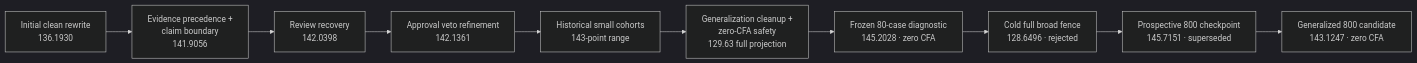
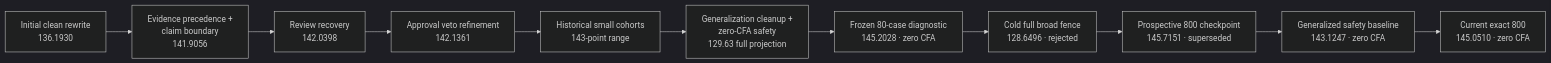
One commit to midasavocado/mib-doc-challenge-solution changed the fourth of 5 diagrams in MEMO.md. Above: the diagram before and after it, drawn with Mermaid (dark theme). The commit also changed other lines of this file and 8 other files, not shown here.

````diff
--- a/MEMO.md
+++ b/MEMO.md
@@ -466,13 +498,14 @@
 ```mermaid
 flowchart LR
     A["Initial clean rewrite<br/>136.1930"] -->
     B["Evidence precedence +<br/>claim boundary<br/>141.9056"] -->
     C["Review recovery<br/>142.0398"] -->
     D["Approval veto refinement<br/>142.1361"] -->
     E["Historical small cohorts<br/>143-point range"] -->
     F["Generalization cleanup +<br/>zero-CFA safety<br/>129.63 full projection"] -->
     G["Frozen 80-case diagnostic<br/>145.2028 · zero CFA"] -->
     H["Cold full broad fence<br/>128.6496 · rejected"] -->
     I["Prospective 800 checkpoint<br/>145.7151 · superseded"] -->
-    J["Generalized 800 candidate<br/>143.1247 · zero CFA"]
+    J["Generalized safety baseline<br/>143.1247 · zero CFA"] -->
+    K["Current exact 800<br/>145.0510 · zero CFA"]
 ```
````
